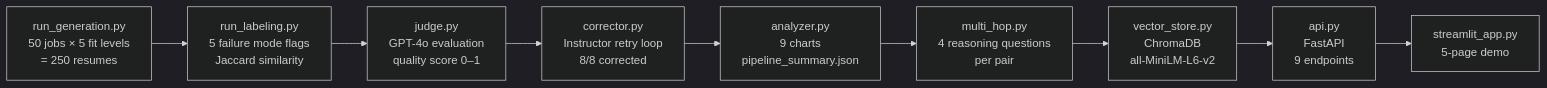
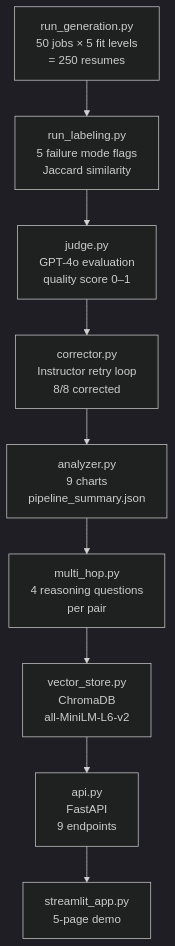
One commit to rubsj/ai-resume-coach changed the diagram in README.md. Above: the diagram before and after it, drawn with Mermaid (dark theme).

Commit message:
docs: change mermaid diagram from horizontal to vertical layout

````diff
--- a/README.md
+++ b/README.md
@@ -61,11 +61,11 @@
 ```mermaid
-graph LR
+graph TD
     A[run_generation.py<br/>50 jobs × 5 fit levels<br/>= 250 resumes] --> B[run_labeling.py<br/>5 failure mode flags<br/>Jaccard similarity]
     B --> C[judge.py<br/>GPT-4o evaluation<br/>quality score 0–1]
     C --> D[corrector.py<br/>Instructor retry loop<br/>8/8 corrected]
     D --> E[analyzer.py<br/>9 charts<br/>pipeline_summary.json]
     E --> F[multi_hop.py<br/>4 reasoning questions<br/>per pair]
     F --> G[vector_store.py<br/>ChromaDB<br/>all-MiniLM-L6-v2]
     G --> H[api.py<br/>FastAPI<br/>9 endpoints]
     H --> I[streamlit_app.py<br/>5-page demo]
 ```
````
